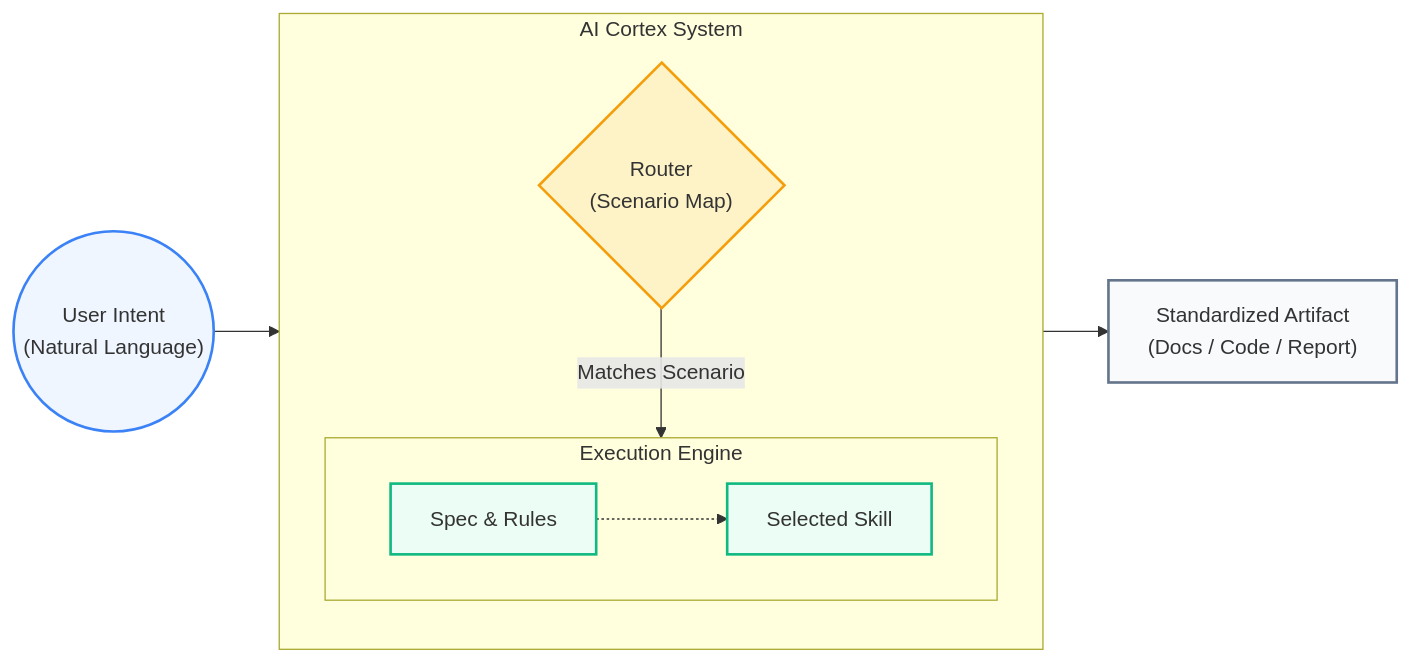
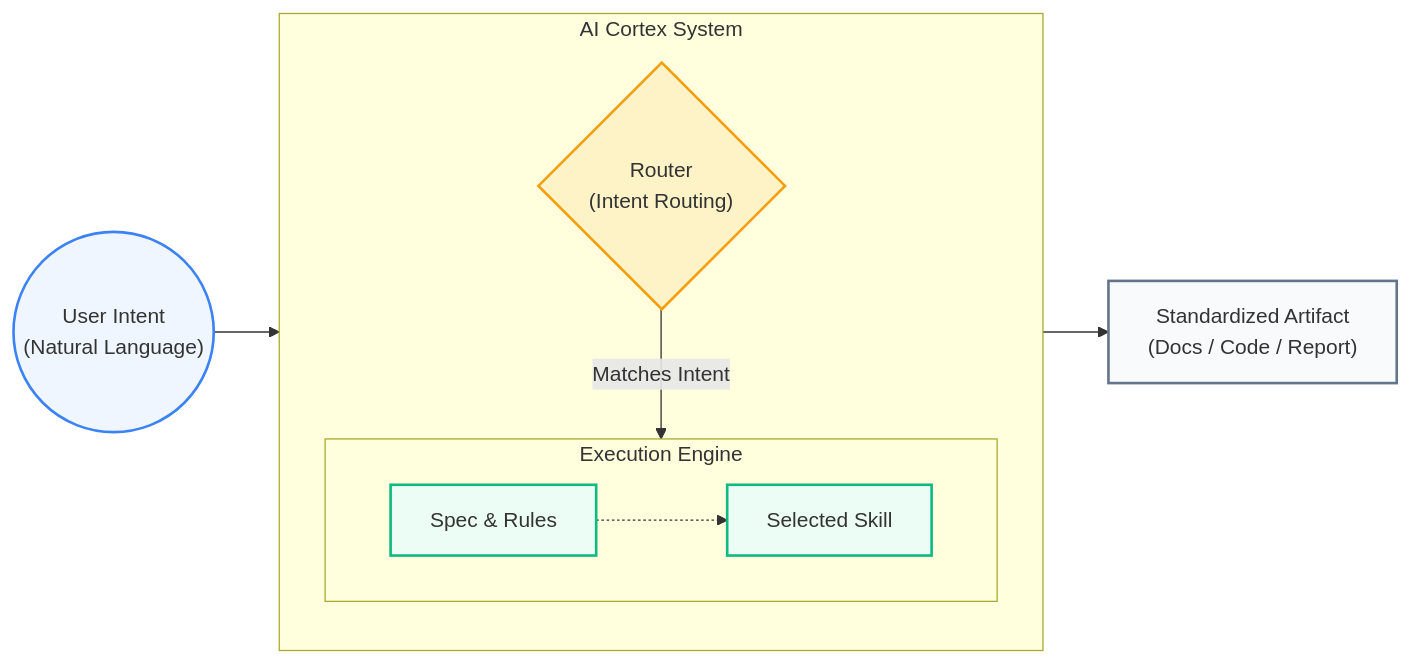
The diagram in docs/images/workflow-sequence.mmd (nesnilnehc/ai-cortex), drawn with Mermaid before and after one commit. The commit also changed 156 other files, not shown here.

First line of the commit message:
refactor(routing): replace scenario-map with intent-routing and align skills

````diff
--- a/docs/images/workflow-sequence.mmd
+++ b/docs/images/workflow-sequence.mmd
@@ -1,28 +1,28 @@
 ```mermaid
 flowchart LR
     %% Style Definitions
     classDef user fill:#eff6ff,stroke:#3b82f6,stroke-width:2px;
     classDef system fill:#fef3c7,stroke:#f59e0b,stroke-width:2px;
     classDef core fill:#ecfdf5,stroke:#10b981,stroke-width:2px;
     classDef out fill:#f8fafc,stroke:#64748b,stroke-width:2px;
 
     %% Nodes
     Intent(("User Intent<br/>(Natural Language)")):::user
     
     subgraph Cortex [AI Cortex System]
         direction TB
-        Router{"Router<br/>(Scenario Map)"}:::system
+        Router{"Router<br/>(Intent Routing)"}:::system
         
         subgraph Execution [Execution Engine]
             direction LR
             Spec[Spec & Rules]:::core -.-> Skill[Selected Skill]:::core
         end
     end
 
     Artifact["Standardized Artifact<br/>(Docs / Code / Report)"]:::out
 
     %% Flow
     Intent --> Router
-    Router -- Matches Scenario --> Skill
+    Router -- Matches Intent --> Skill
     Skill --> Artifact
 ```
````
